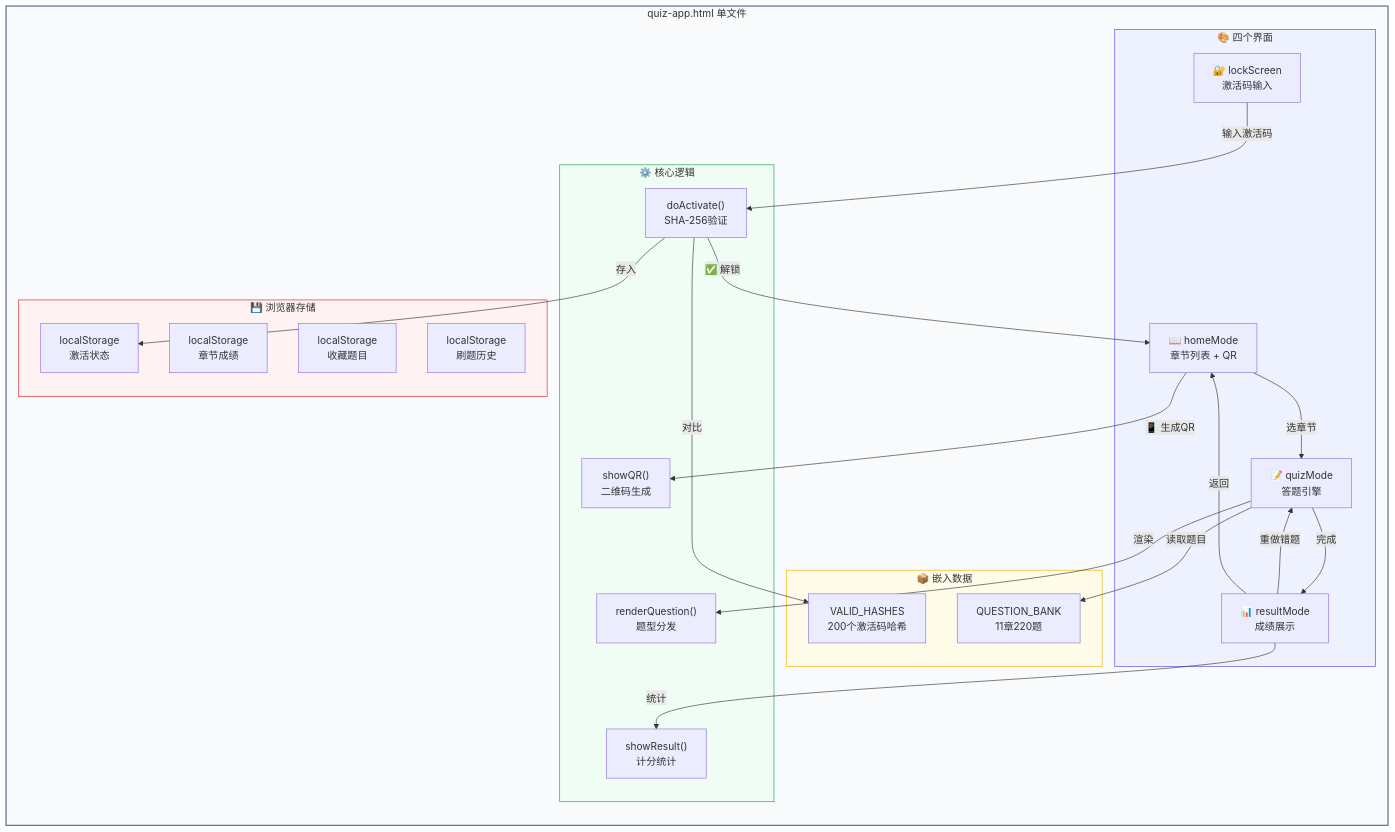
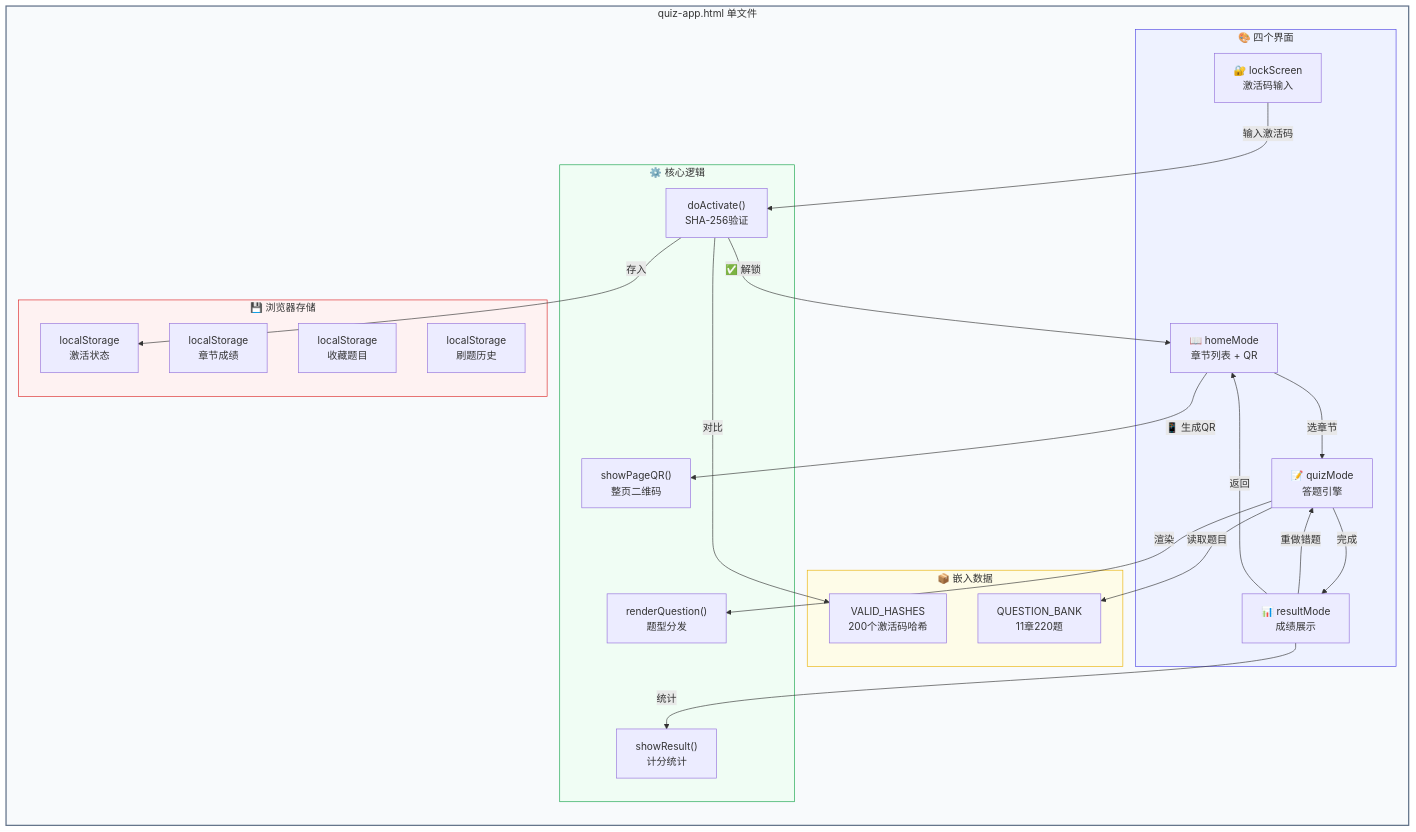
Before and after one commit to U1-1-AI/quiz: the third of 4 diagrams in 刷题网页制作流程.md, drawn with Mermaid. The commit also changed other lines of this file and 2 other files, not shown here.

Commit message:
成本会计刷题酱上线：591题12章，暖色调设计，整页二维码

````diff
--- a/刷题网页制作流程.md
+++ b/刷题网页制作流程.md
@@ -81,54 +81,54 @@
 ```mermaid
 flowchart TB
     subgraph HTML["quiz-app.html 单文件"]
         direction TB
         
         subgraph Data["📦 嵌入数据"]
             D1["QUESTION_BANK<br/>11章220题"]
             D2["VALID_HASHES<br/>200个激活码哈希"]
         end
         
         subgraph UI["🎨 四个界面"]
             U1["🔐 lockScreen<br/>激活码输入"]
             U2["📖 homeMode<br/>章节列表 + QR"]
             U3["📝 quizMode<br/>答题引擎"]
             U4["📊 resultMode<br/>成绩展示"]
         end
         
         subgraph Engine["⚙️ 核心逻辑"]
             E1["doActivate()<br/>SHA-256验证"]
             E2["renderQuestion()<br/>题型分发"]
             E3["showResult()<br/>计分统计"]
-            E4["showQR()<br/>二维码生成"]
+            E4["showPageQR()<br/>整页二维码"]
         end
         
         subgraph Storage["💾 浏览器存储"]
             S1["localStorage<br/>激活状态"]
             S2["localStorage<br/>章节成绩"]
             S3["localStorage<br/>收藏题目"]
             S4["localStorage<br/>刷题历史"]
         end
     end
     
     U1 -->|"输入激活码"| E1
     E1 -->|"对比"| D2
     E1 -->|"存入"| S1
     E1 -->|"✅ 解锁"| U2
     
     U2 -->|"选章节"| U3
     U2 -->|"📱 生成QR"| E4
     
     U3 -->|"读取题目"| D1
     U3 -->|"渲染"| E2
     U3 -->|"完成"| U4
     
     U4 -->|"统计"| E3
     U4 -->|"重做错题"| U3
     U4 -->|"返回"| U2
 
     style HTML fill:#f8fafc,stroke:#64748b,stroke-width:2px
     style Data fill:#fefce8,stroke:#eab308
     style UI fill:#eef2ff,stroke:#4f46e5
     style Engine fill:#f0fdf4,stroke:#16a34a
     style Storage fill:#fef2f2,stroke:#dc2626
 ```
````
